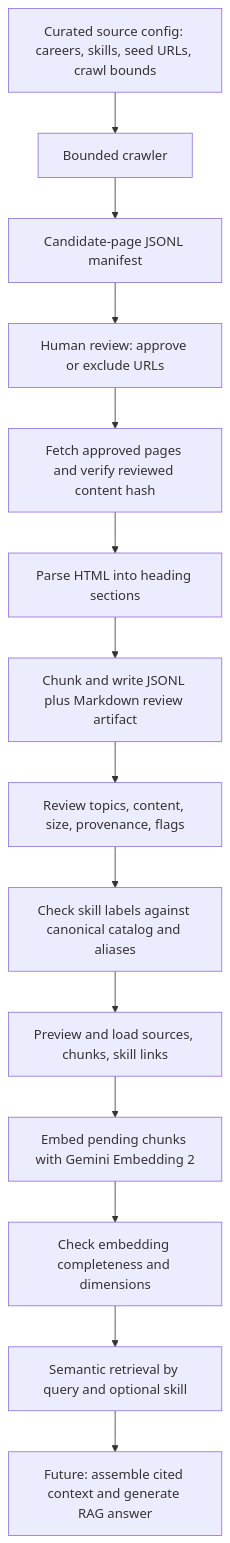
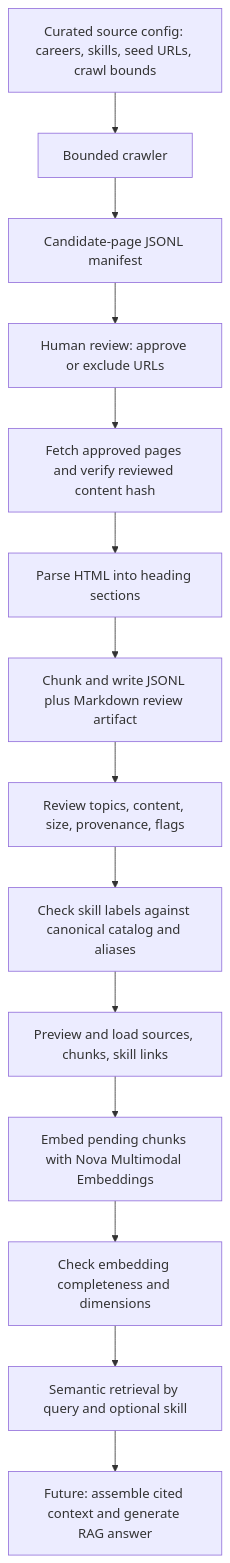
The diagram in docs/documents/document-extraction-flow.md (THN4/glow-job-data-pipeline), drawn with Mermaid before and after one commit. The commit also changed other lines of this file and 36 other files, not shown here.

````diff
--- a/docs/documents/document-extraction-flow.md
+++ b/docs/documents/document-extraction-flow.md
@@ -17,16 +17,16 @@
 ```mermaid
 flowchart TD
     A[Curated source config: careers, skills, seed URLs, crawl bounds] --> B[Bounded crawler]
     B --> C[Candidate-page JSONL manifest]
     C --> D[Human review: approve or exclude URLs]
     D --> E[Fetch approved pages and verify reviewed content hash]
     E --> F[Parse HTML into heading sections]
     F --> G[Chunk and write JSONL plus Markdown review artifact]
     G --> H[Review topics, content, size, provenance, flags]
     H --> I[Check skill labels against canonical catalog and aliases]
     I --> J[Preview and load sources, chunks, skill links]
-    J --> K[Embed pending chunks with Gemini Embedding 2]
+    J --> K[Embed pending chunks with Nova Multimodal Embeddings]
     K --> L[Check embedding completeness and dimensions]
     L --> M[Semantic retrieval by query and optional skill]
     M --> N[Future: assemble cited context and generate RAG answer]
 ```
````
